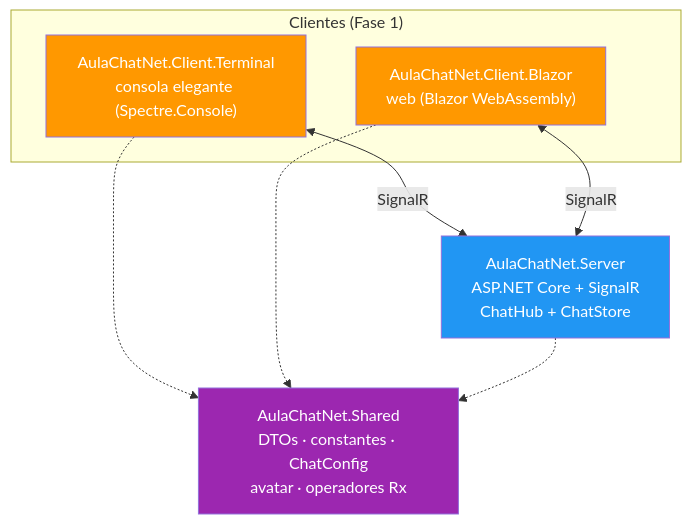
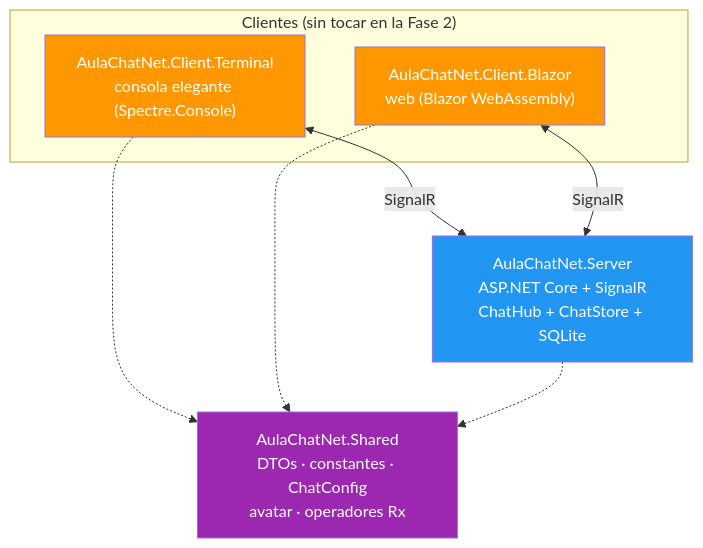
One commit to joseluisgs/AulaChatNet changed the first of 6 diagrams in docs/01-arquitectura-del-servidor.md. Above: the diagram before and after it, drawn with Mermaid. The commit also changed other lines of this file and 3 other files, not shown here.

````diff
--- a/docs/01-arquitectura-del-servidor.md
+++ b/docs/01-arquitectura-del-servidor.md
@@ -55,22 +57,22 @@
 ```mermaid
 flowchart TD
-    subgraph Clientes["Clientes (Fase 1)"]
+    subgraph Clientes["Clientes (sin tocar en la Fase 2)"]
         T["AulaChatNet.Client.Terminal<br/>consola elegante (Spectre.Console)"]
         B["AulaChatNet.Client.Blazor<br/>web (Blazor WebAssembly)"]
     end
 
-    S["AulaChatNet.Server<br/>ASP.NET Core + SignalR<br/>ChatHub + ChatStore"]
+    S["AulaChatNet.Server<br/>ASP.NET Core + SignalR<br/>ChatHub + ChatStore + SQLite"]
 
     SH["AulaChatNet.Shared<br/>DTOs · constantes · ChatConfig<br/>avatar · operadores Rx"]
 
     T <-->|"SignalR"| S
     B <-->|"SignalR"| S
     T -.-> SH
     B -.-> SH
     S -.-> SH
 
     style T fill:#FF9800,color:#fff
     style B fill:#FF9800,color:#fff
     style S fill:#2196F3,color:#fff
     style SH fill:#9C27B0,color:#fff
 ```
````
